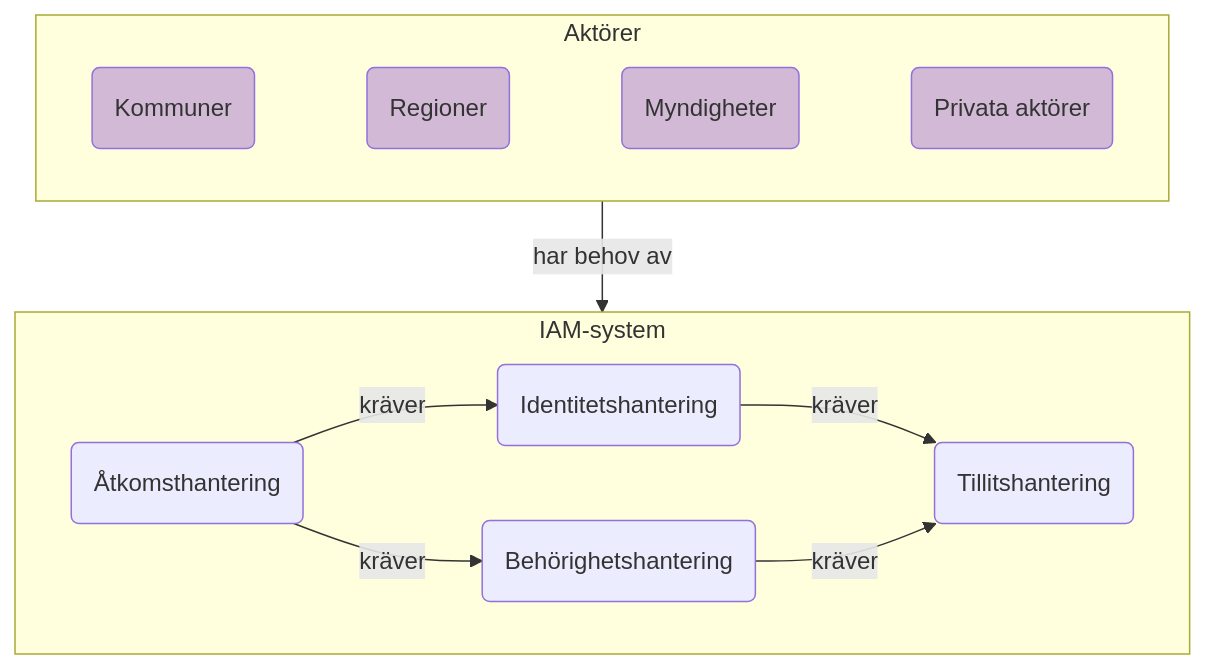
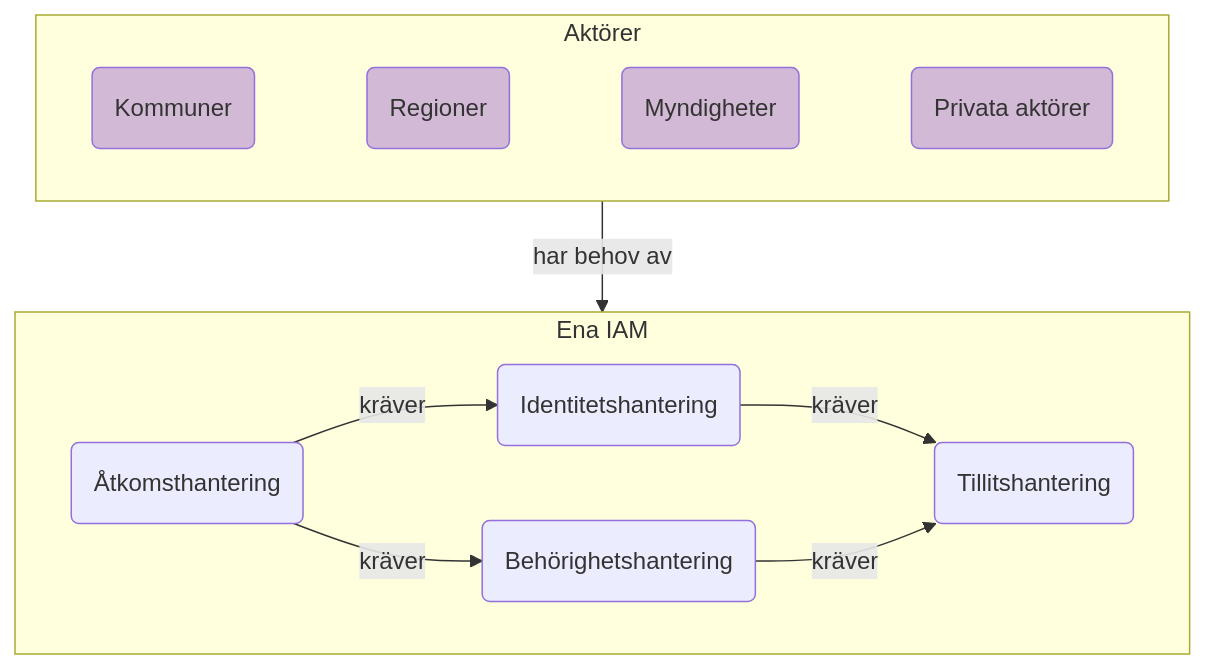
One commit to diggsweden/ena-authorization changed the first of 13 diagrams in architecture/drafts/IAM_TargetArchitecture_Sweden.md. Above: the diagram before and after it, drawn with Mermaid. The commit also changed other lines of this file, not shown here.

````diff
--- a/architecture/drafts/IAM_TargetArchitecture_Sweden.md
+++ b/architecture/drafts/IAM_TargetArchitecture_Sweden.md
@@ -38,22 +40,22 @@
 ```mermaid
 graph TD
 classDef org fill:#D2B9D5
 
 subgraph actors[Aktörer]
 direction LR     
  k(Kommuner):::org~~~
  r(Regioner):::org~~~
  m(Myndigheter):::org~~~
  p(Privata aktörer):::org
 end
 
-subgraph iam[IAM-system]
+subgraph iam[Ena IAM]
  Å(Åtkomsthantering)
  I(Identitetshantering)
  B(Behörighetshantering)
  T(Tillitshantering)
 end
 
 actors--har behov av-->iam
 Å--kräver-->I & B--kräver-->T
 ```
````
